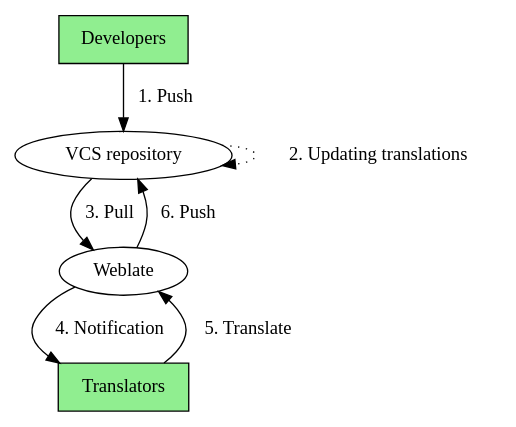
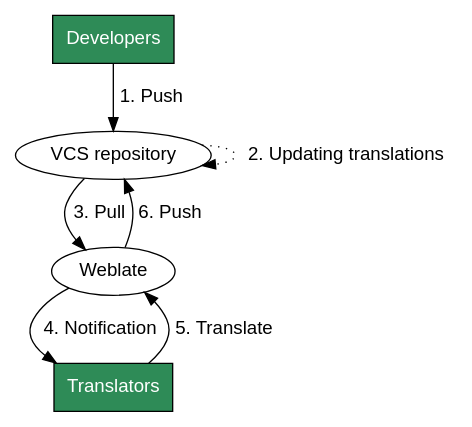
The diagram in docs/admin/continuous.rst (WeblateOrg/weblate), drawn with Graphviz before and after one commit.

Commit message:
Docs: Fix graphviz rendering
- use correct color compatible with both SVG and PNG rendering
- use sans-serif font to match rest of docs

```diff
--- a/docs/admin/continuous.rst
+++ b/docs/admin/continuous.rst
@@ -19,18 +19,22 @@
 .. graphviz::
 
     digraph translations {
-        "Developers" [shape=box, fillcolor=lightgreen, style=filled];
-        "Translators" [shape=box, fillcolor=lightgreen, style=filled];
+        graph [fontname = "sans-serif"];
+        node [fontname = "sans-serif"];
+        edge [fontname = "sans-serif"];
+
+        "Developers" [shape=box, fillcolor=seagreen, fontcolor=white, style=filled];
+        "Translators" [shape=box, fillcolor=seagreen, fontcolor=white, style=filled];
 
         "Developers" -> "VCS repository" [label=" 1. Push "];
 
         "VCS repository" -> "VCS repository" [label=" 2. Updating translations ", style=dotted];
 
         "VCS repository" -> "Weblate" [label=" 3. Pull "];
 
         "Weblate" -> "Translators" [label=" 4. Notification "];
 
         "Translators" -> "Weblate" [label=" 5. Translate "];
 
         "Weblate" -> "VCS repository" [label=" 6. Push "];
     }
```
